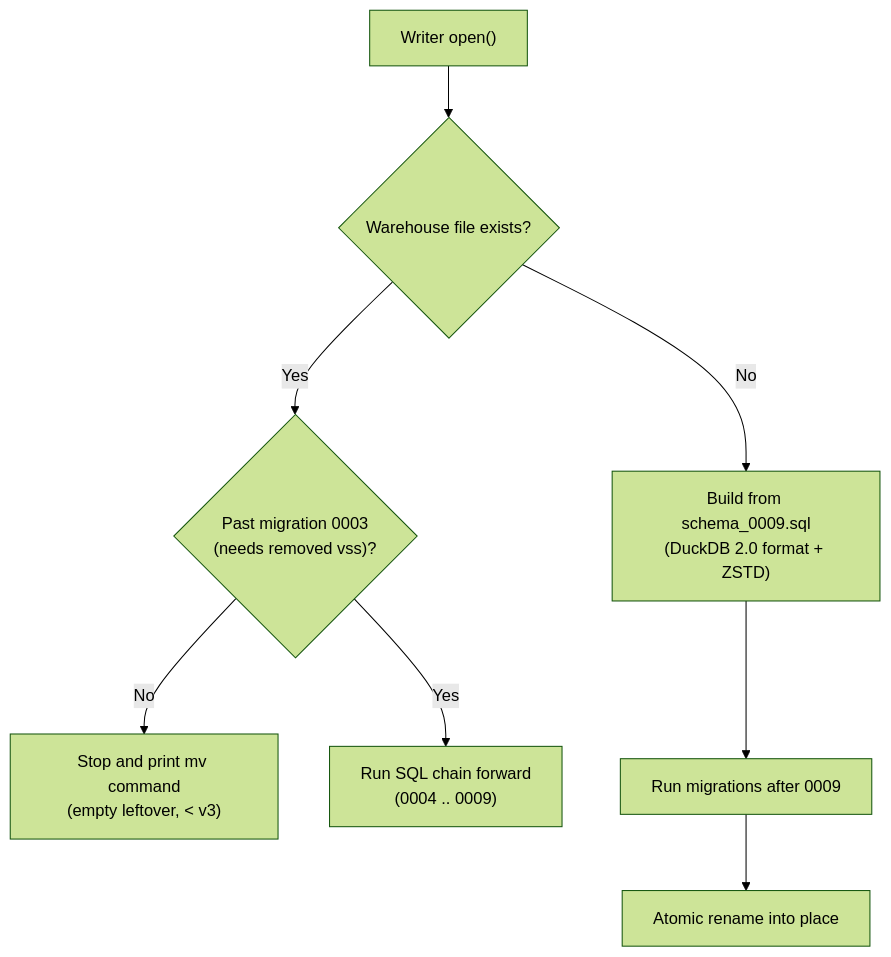
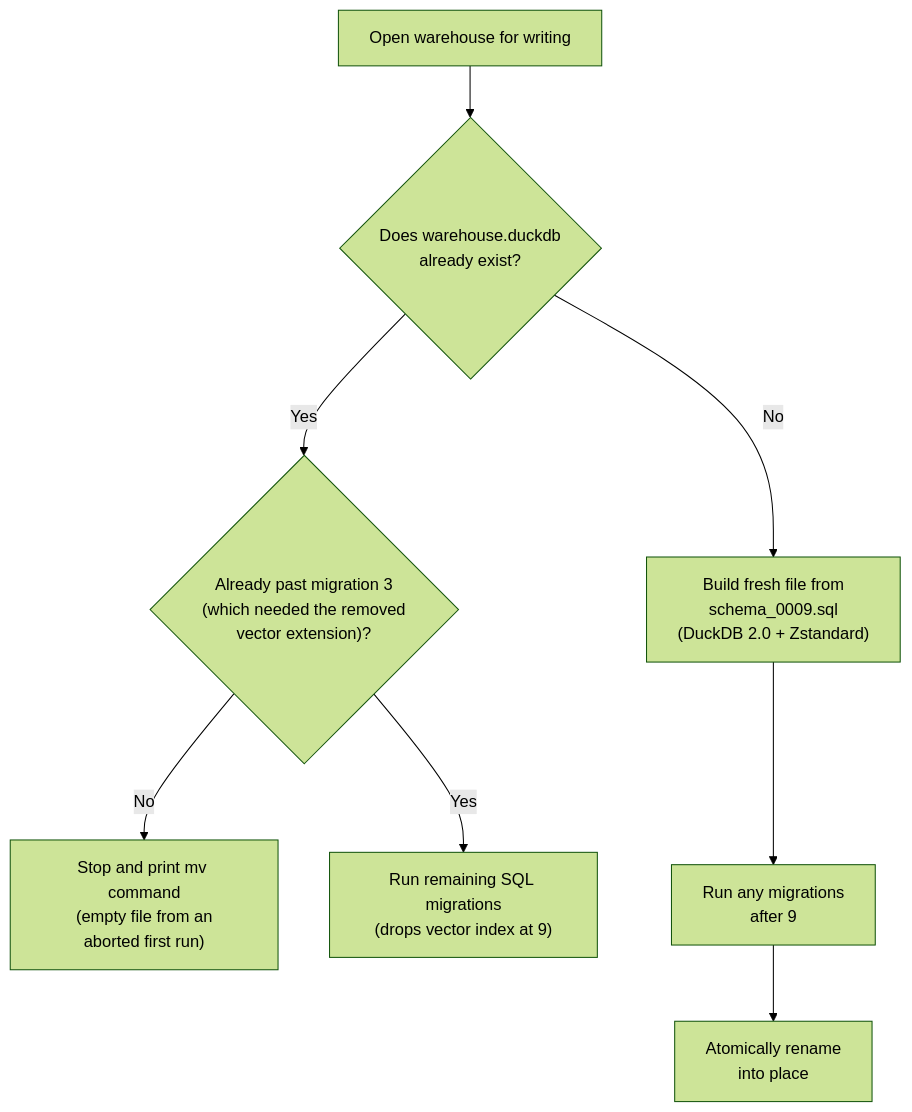
Before and after one commit to Texarkanine/devblog: the first of 2 diagrams in blog/fable/_posts/2026-11-06-why-cant-i-just-write-schema-sql.md, drawn with Mermaid (forest theme). The commit also changed other lines of this file, not shown here.

````diff
--- a/blog/fable/_posts/2026-11-06-why-cant-i-just-write-schema-sql.md
+++ b/blog/fable/_posts/2026-11-06-why-cant-i-just-write-schema-sql.md
@@ -130,19 +115,19 @@
 ```mermaid
 flowchart TD
-  open["Writer open()"]
-  exists{"Warehouse file exists?"}
-  ready{"Past migration 0003<br>(needs removed vss)?"}
-  stop["Stop and print mv command<br>(empty leftover, < v3)"]
-  chain["Run SQL chain forward<br>(0004 .. 0009)"]
-  build["Build from schema_0009.sql<br>(DuckDB 2.0 format + ZSTD)"]
-  later["Run migrations after 0009"]
-  place["Atomic rename into place"]
+  open["Open warehouse for writing"]
+  exists{"Does warehouse.duckdb<br>already exist?"}
+  ready{"Already past migration 3<br>(which needed the removed<br>vector extension)?"}
+  stop["Stop and print mv command<br>(empty file from an<br>aborted first run)"]
+  chain["Run remaining SQL migrations<br>(drops vector index at 9)"]
+  build["Build fresh file from<br>schema_0009.sql<br>(DuckDB 2.0 + Zstandard)"]
+  later["Run any migrations<br>after 9"]
+  place["Atomically rename<br>into place"]
 
   open --> exists
   exists -->|No| build
   build --> later
   later --> place
   exists -->|Yes| ready
   ready -->|No| stop
   ready -->|Yes| chain
 ```
````
